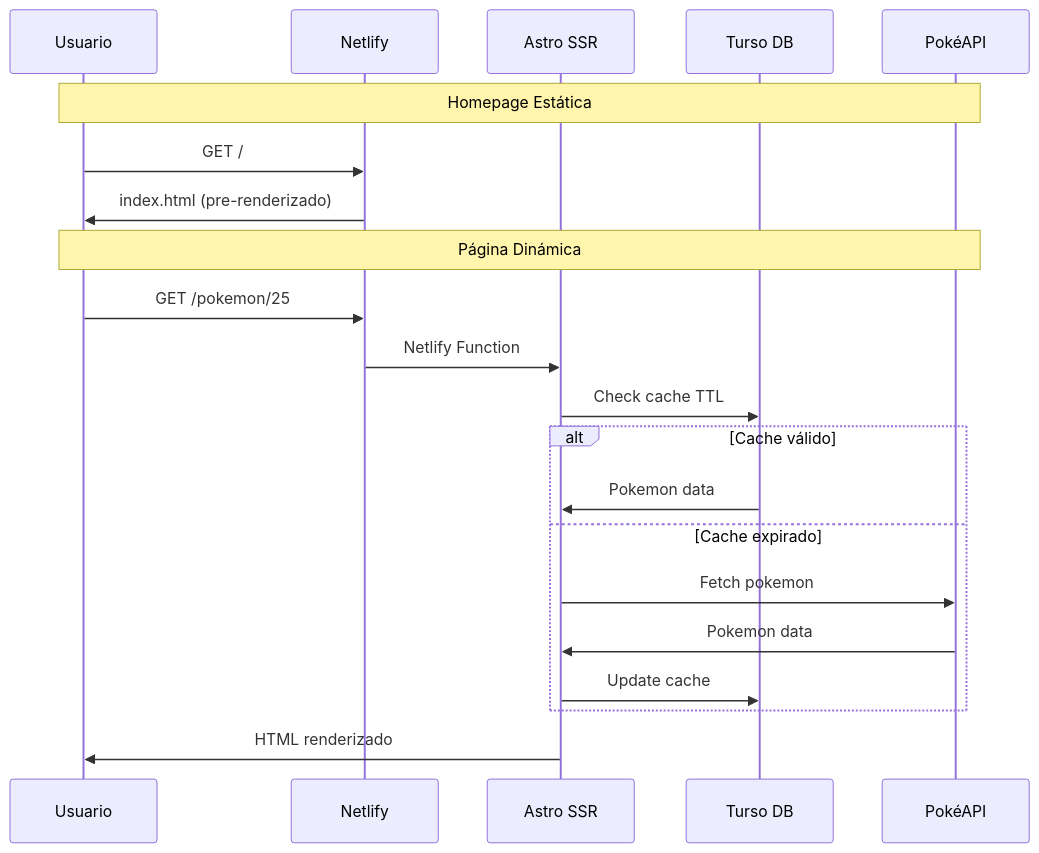
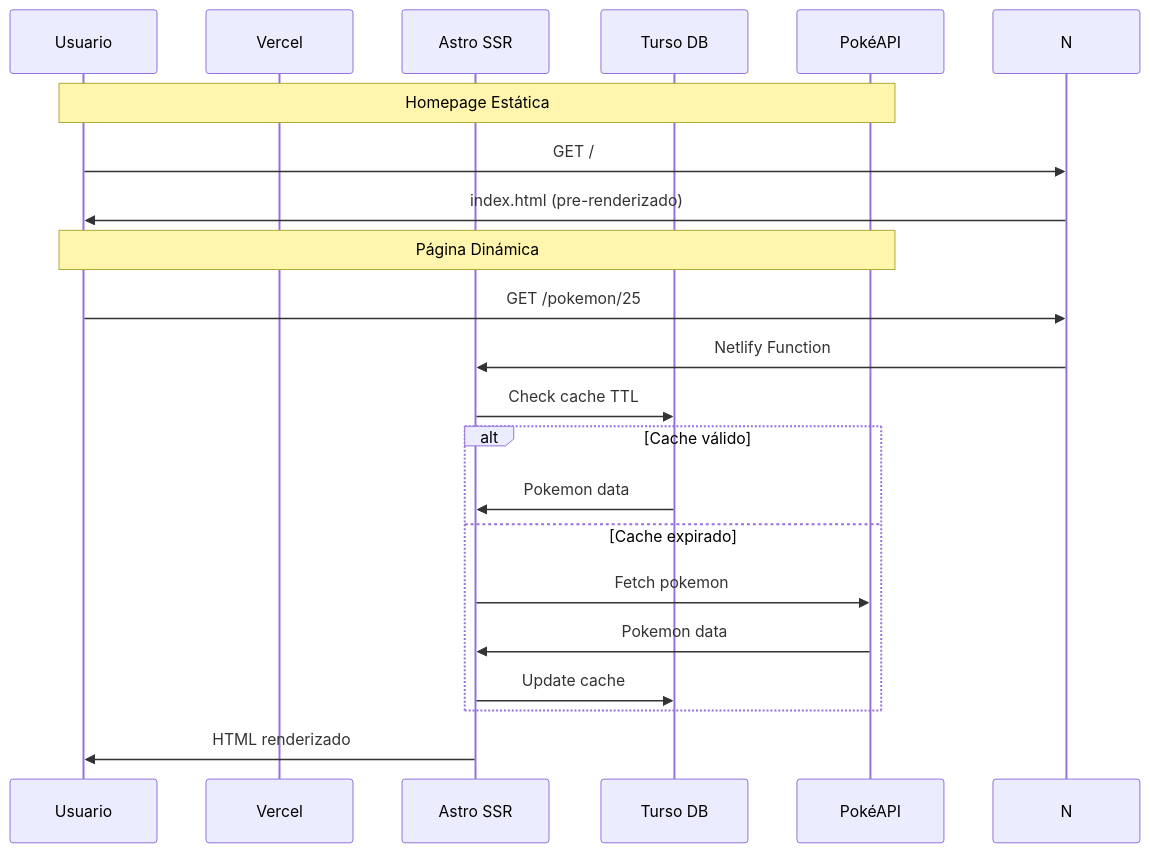
One commit to NachoSizle/pokeDB changed the diagram in docs/ARCHITECTURE.md. Above: the diagram before and after it, drawn with Mermaid. The commit also changed other lines of this file and 14 other files, not shown here.

````diff
--- a/docs/ARCHITECTURE.md
+++ b/docs/ARCHITECTURE.md
@@ -47,25 +47,25 @@
 ```mermaid
 sequenceDiagram
     participant U as Usuario
-    participant N as Netlify
+    participant V as Vercel
     participant A as Astro SSR
     participant DB as Turso DB
     participant API as PokéAPI
     
     Note over U,API: Homepage Estática
     U->>N: GET /
     N->>U: index.html (pre-renderizado)
     
     Note over U,API: Página Dinámica
     U->>N: GET /pokemon/25
     N->>A: Netlify Function
     A->>DB: Check cache TTL
     alt Cache válido
         DB->>A: Pokemon data
     else Cache expirado
         A->>API: Fetch pokemon
         API->>A: Pokemon data
         A->>DB: Update cache
     end
     A->>U: HTML renderizado
 ```
````
